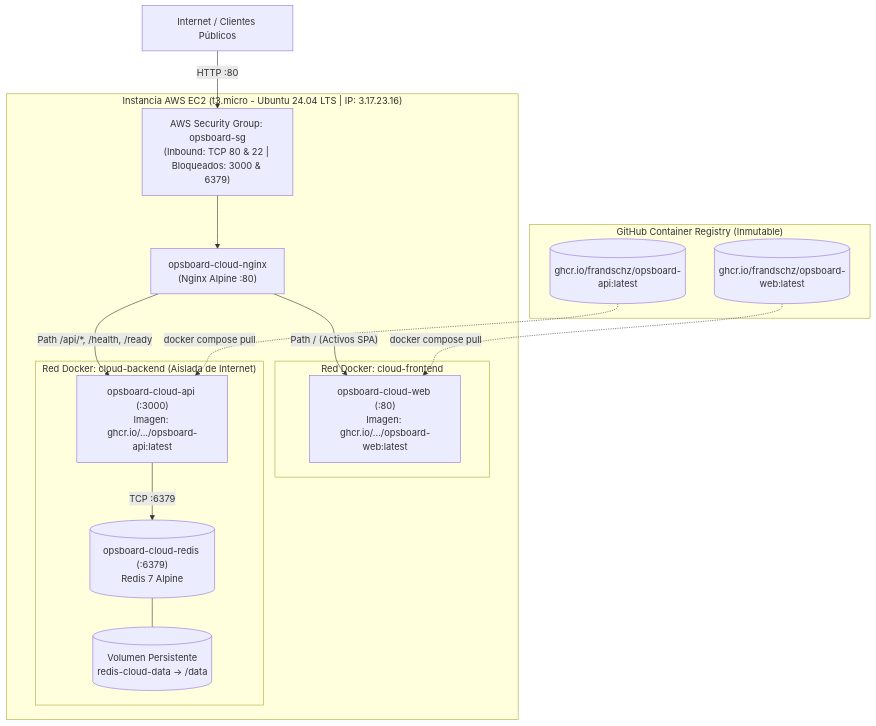
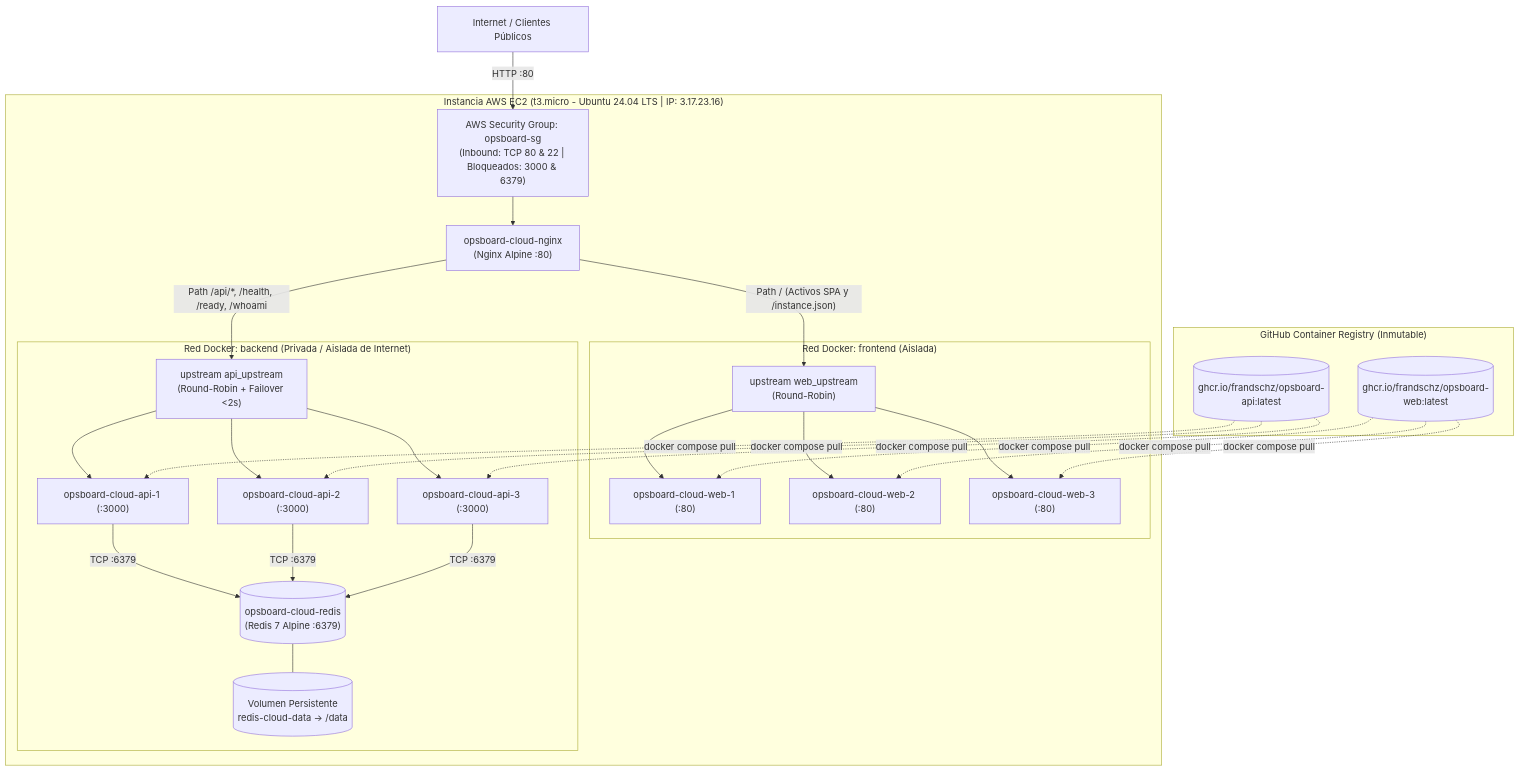
The second of 3 diagrams in README.md (FranDSchz/devops-tp1), drawn with Mermaid before and after one commit. The commit also changed other lines of this file and 6 other files, not shown here.

Commit message:
feat(cloud): implement multi-replica architecture with load balancing and failover in AWS EC2

````diff
--- a/README.md
+++ b/README.md
@@ -80,32 +80,41 @@
 ```mermaid
 flowchart TD
     Internet["Internet / Clientes Públicos"] -- "HTTP :80" --> SG["AWS Security Group: opsboard-sg<br>(Inbound: TCP 80 & 22 | Bloqueados: 3000 & 6379)"]
 
     subgraph AWS["Instancia AWS EC2 (t3.micro - Ubuntu 24.04 LTS | IP: 3.17.23.16)"]
         SG --> C_NGINX["opsboard-cloud-nginx<br>(Nginx Alpine :80)"]
 
-        subgraph DockerCloudFront["Red Docker: cloud-frontend"]
-            C_WEB["opsboard-cloud-web (:80)<br>Imagen: ghcr.io/.../opsboard-web:latest"]
+        subgraph DockerCloudFront["Red Docker: frontend (Aislada)"]
+            C_UP_WEB["upstream web_upstream<br>(Round-Robin)"]
+            CW1["opsboard-cloud-web-1 (:80)"]
+            CW2["opsboard-cloud-web-2 (:80)"]
+            CW3["opsboard-cloud-web-3 (:80)"]
+            C_UP_WEB --> CW1 & CW2 & CW3
         end
 
-        subgraph DockerCloudBack["Red Docker: cloud-backend (Aislada de Internet)"]
-            C_API["opsboard-cloud-api (:3000)<br>Imagen: ghcr.io/.../opsboard-api:latest"]
-            C_REDIS[("opsboard-cloud-redis (:6379)<br>Redis 7 Alpine")]
+        subgraph DockerCloudBack["Red Docker: backend (Privada / Aislada de Internet)"]
+            C_UP_API["upstream api_upstream<br>(Round-Robin + Failover &lt;2s)"]
+            CA1["opsboard-cloud-api-1 (:3000)"]
+            CA2["opsboard-cloud-api-2 (:3000)"]
+            CA3["opsboard-cloud-api-3 (:3000)"]
+            
+            C_REDIS[("opsboard-cloud-redis<br>(Redis 7 Alpine :6379)")]
             C_VOL[("Volumen Persistente<br>redis-cloud-data -> /data")]
             
-            C_API -- "TCP :6379" --> C_REDIS
+            C_UP_API --> CA1 & CA2 & CA3
+            CA1 & CA2 & CA3 -- "TCP :6379" --> C_REDIS
             C_REDIS --- C_VOL
         end
 
-        C_NGINX -- "Path / (Activos SPA)" --> C_WEB
-        C_NGINX -- "Path /api/*, /health, /ready" --> C_API
+        C_NGINX -- "Path / (Activos SPA y /instance.json)" --> C_UP_WEB
+        C_NGINX -- "Path /api/*, /health, /ready, /whoami" --> C_UP_API
     end
 
     subgraph GHCR["GitHub Container Registry (Inmutable)"]
         GHCR_WEB[("ghcr.io/frandschz/opsboard-web:latest")]
         GHCR_API[("ghcr.io/frandschz/opsboard-api:latest")]
     end
 
-    GHCR_WEB -.->|"docker compose pull"| C_WEB
-    GHCR_API -.->|"docker compose pull"| C_API
+    GHCR_WEB -.->|"docker compose pull"| CW1 & CW2 & CW3
+    GHCR_API -.->|"docker compose pull"| CA1 & CA2 & CA3
 ```
````
